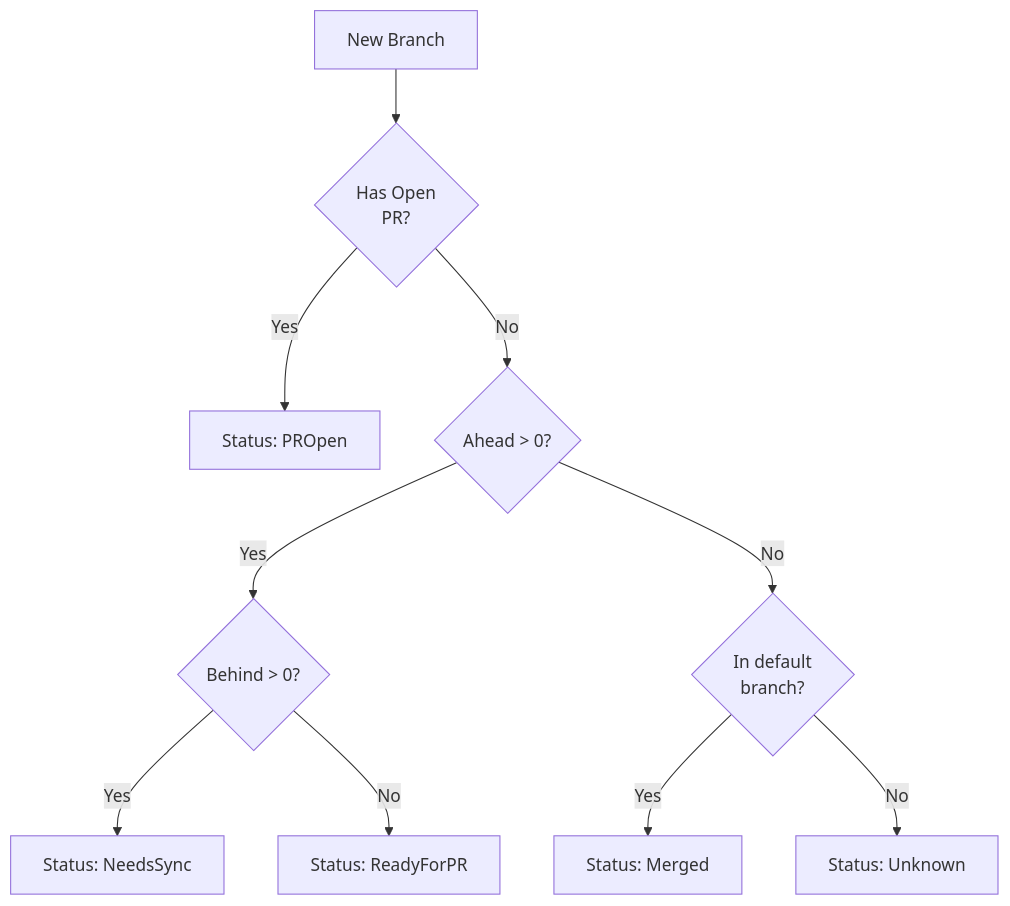
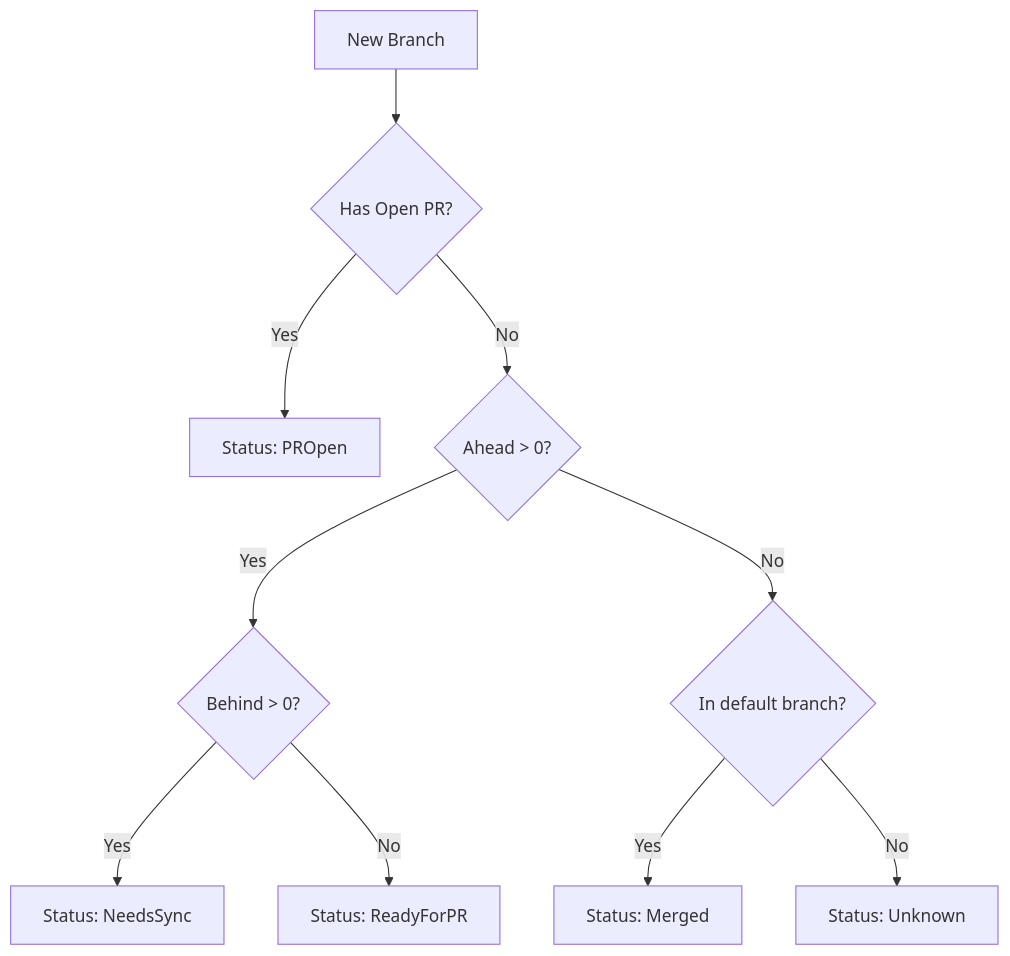
The sixth of 8 diagrams in wiki/GitHub-Integration.md (softwarewrighter/overall), drawn with Mermaid before and after one commit. The commit also changed other lines of this file and 4 other files, not shown here.

First line of the commit message:
Fix wiki Mermaid diagrams: remove <br/> tags

````diff
--- a/wiki/GitHub-Integration.md
+++ b/wiki/GitHub-Integration.md
@@ -419,16 +419,16 @@
 ```mermaid
 graph TD
-    Start[New Branch] --> HasPR{Has Open<br/>PR?}
+    Start[New Branch] --> HasPR{Has Open PR?}
 
     HasPR -->|Yes| PROpen[Status: PROpen]
     HasPR -->|No| CheckAhead{Ahead > 0?}
 
     CheckAhead -->|Yes| CheckBehind{Behind > 0?}
-    CheckAhead -->|No| CheckMerged{In default<br/>branch?}
+    CheckAhead -->|No| CheckMerged{In default branch?}
 
     CheckBehind -->|Yes| NeedsSync[Status: NeedsSync]
     CheckBehind -->|No| ReadyPR[Status: ReadyForPR]
 
     CheckMerged -->|Yes| Merged[Status: Merged]
     CheckMerged -->|No| Unknown[Status: Unknown]
 ```
````
